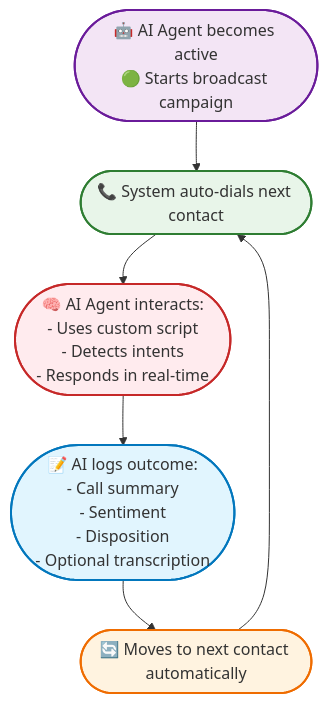
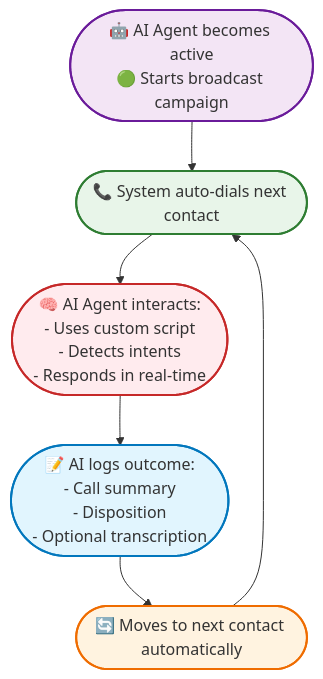
One commit to connexcs/docs changed the third of 3 diagrams in docs/customer-portal/cp-contact-center.md. Above: the diagram before and after it, drawn with Mermaid. The commit also changed other lines of this file and 4 other files, not shown here.

````diff
--- a/docs/customer-portal/cp-contact-center.md
+++ b/docs/customer-portal/cp-contact-center.md
@@ -121,14 +86,14 @@
     ```mermaid
     flowchart TD
         style A fill:#F3E5F5,stroke:#6A1B9A,stroke-width:2,rx:10,ry:10
         style B fill:#E8F5E9,stroke:#2E7D32,stroke-width:2,rx:10,ry:10
         style C fill:#FFEBEE,stroke:#C62828,stroke-width:2,rx:10,ry:10
         style D fill:#E1F5FE,stroke:#0277BD,stroke-width:2,rx:10,ry:10
         style E fill:#FFF3E0,stroke:#EF6C00,stroke-width:2,rx:10,ry:10
 
         A(["🤖 AI Agent becomes active<br/>🟢 Starts broadcast campaign"]) --> B(["📞 System auto-dials next contact"])
         B --> C(["🧠 AI Agent interacts:<br/>- Uses custom script<br/>- Detects intents<br/>- Responds in real-time"])
-        C --> D(["📝 AI logs outcome:<br/>- Call summary<br/>- Sentiment<br/>- Disposition<br/>- Optional transcription"])
+        C --> D(["📝 AI logs outcome:<br/>- Call summary<br/<br/>- Disposition<br/>- Optional transcription"])
         D --> E(["🔄 Moves to next contact automatically"])
         E --> B
     ``` 
````
